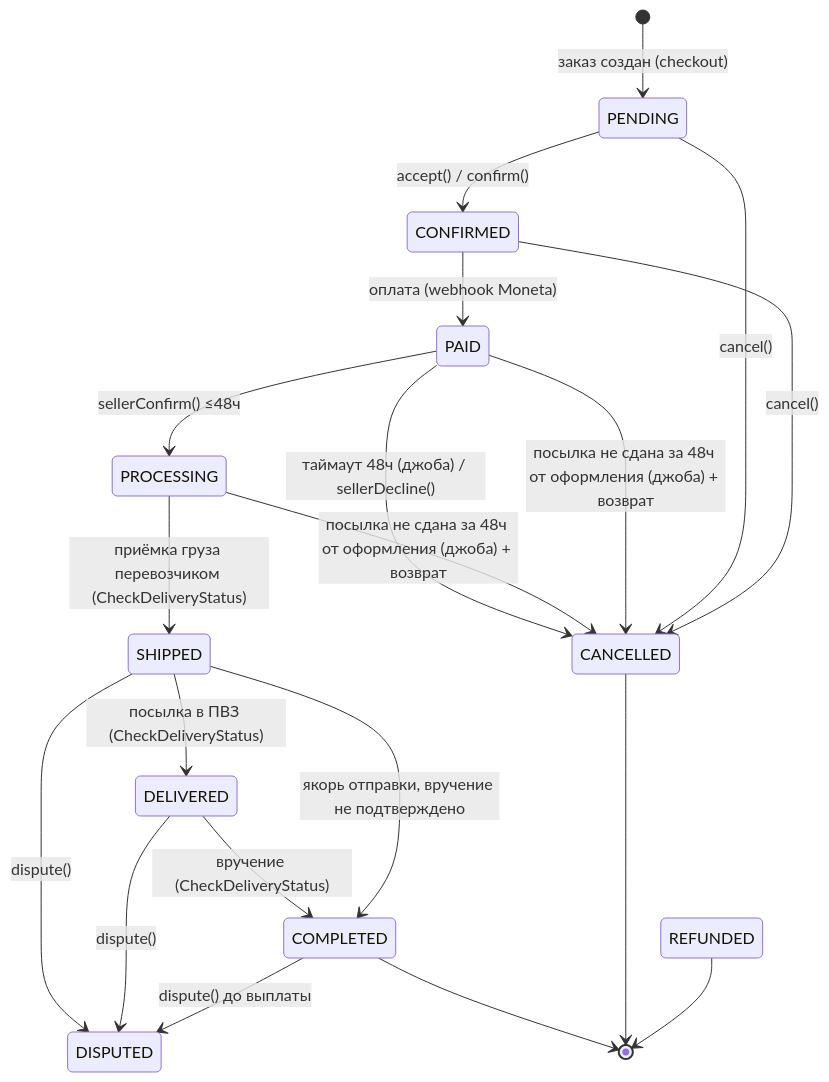
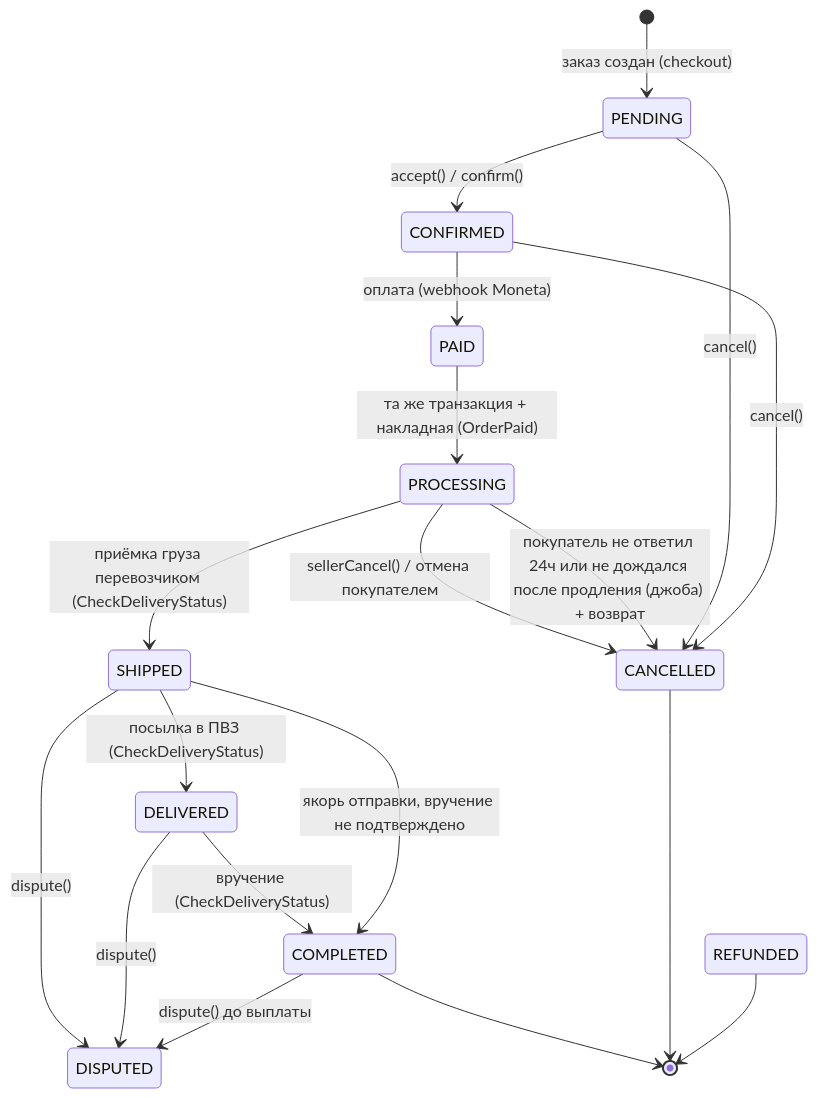
The diagram in docs/processes/order-lifecycle.md (nikander777/mz), drawn with Mermaid before and after one commit. The commit also changed other lines of this file and 12 other files, not shown here.

````diff
--- a/docs/processes/order-lifecycle.md
+++ b/docs/processes/order-lifecycle.md
@@ -31,22 +35,21 @@
 ```mermaid
 stateDiagram-v2
   [*] --> PENDING: заказ создан (checkout)
   PENDING --> CONFIRMED: accept() / confirm()
   CONFIRMED --> PAID: оплата (webhook Moneta)
-  PAID --> PROCESSING: sellerConfirm() ≤48ч
-  PAID --> CANCELLED: таймаут 48ч (джоба) / sellerDecline()
+  PAID --> PROCESSING: та же транзакция + накладная (OrderPaid)
   PROCESSING --> SHIPPED: приёмка груза перевозчиком (CheckDeliveryStatus)
-  PROCESSING --> CANCELLED: посылка не сдана за 48ч от оформления (джоба) + возврат
-  PAID --> CANCELLED: посылка не сдана за 48ч от оформления (джоба) + возврат
+  PROCESSING --> CANCELLED: sellerCancel() / отмена покупателем
+  PROCESSING --> CANCELLED: покупатель не ответил 24ч или не дождался после продления (джоба) + возврат
   SHIPPED --> DELIVERED: посылка в ПВЗ (CheckDeliveryStatus)
   DELIVERED --> COMPLETED: вручение (CheckDeliveryStatus)
   SHIPPED --> COMPLETED: якорь отправки, вручение не подтверждено
   SHIPPED --> DISPUTED: dispute()
   DELIVERED --> DISPUTED: dispute()
   COMPLETED --> DISPUTED: dispute() до выплаты
   PENDING --> CANCELLED: cancel()
   CONFIRMED --> CANCELLED: cancel()
   COMPLETED --> [*]
   CANCELLED --> [*]
   REFUNDED --> [*]
 ```
````
